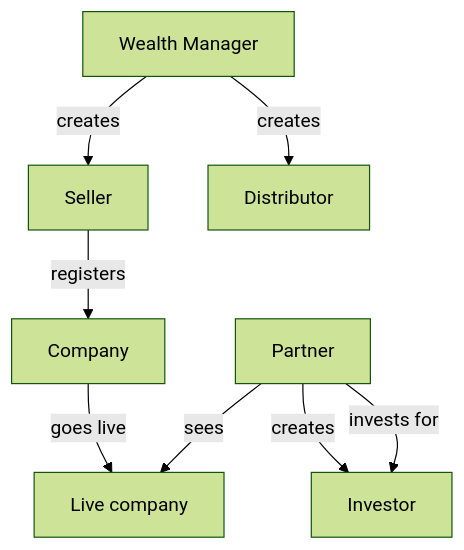
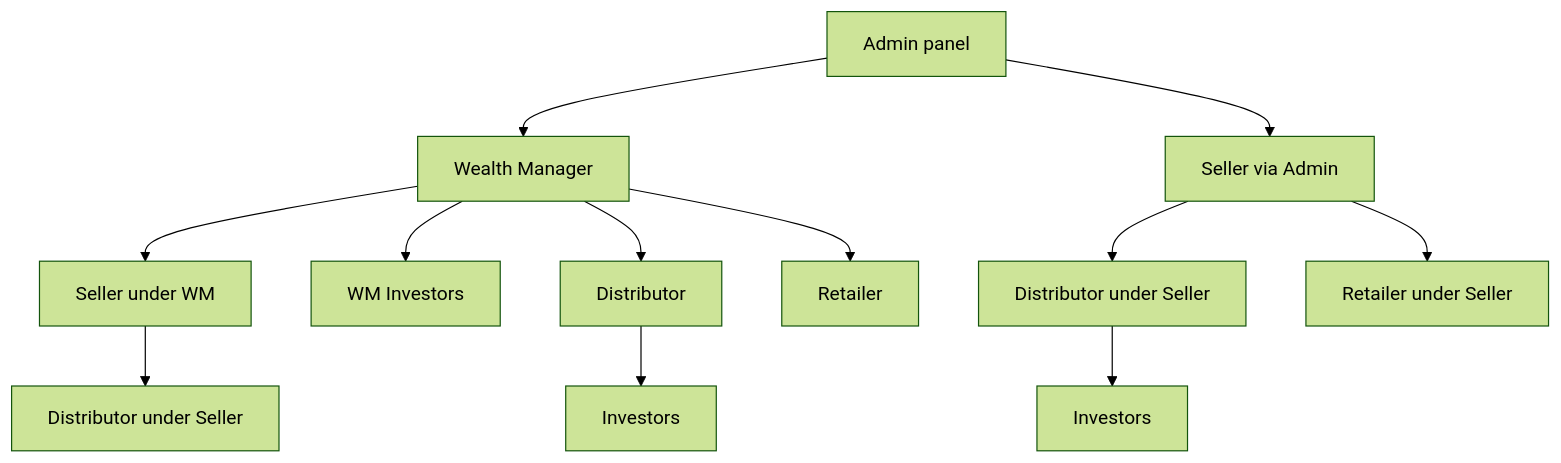
Before and after one commit to kavadevelopers/PrivateDealsBackend: the diagram in docs/actors/README.md, drawn with Mermaid (forest theme). The commit also changed other lines of this file and 16 other files, not shown here.

````diff
--- a/docs/actors/README.md
+++ b/docs/actors/README.md
@@ -30,10 +28,14 @@
 ```mermaid
 flowchart TB
-  WM[Wealth Manager] -->|creates| Seller[Seller]
-  WM -->|creates| Dist[Distributor]
-  Seller -->|registers| Company[Company]
-  Company -->|goes live| Live[Live company]
-  Partner[Partner] -->|sees| Live
-  Partner -->|creates| Inv[Investor]
-  Partner -->|invests for| Inv
+  Admin[Admin panel] --> WM[Wealth Manager]
+  Admin --> SellerA[Seller via Admin]
+  WM --> SellerW[Seller under WM]
+  WM --> WMInv[WM Investors]
+  WM --> DistWM[Distributor]
+  WM --> RetWM[Retailer]
+  SellerA --> DistS[Distributor under Seller]
+  SellerA --> RetS[Retailer under Seller]
+  SellerW --> DistS2[Distributor under Seller]
+  DistWM --> DistInv[Investors]
+  DistS --> DistInv2[Investors]
 ```
````
